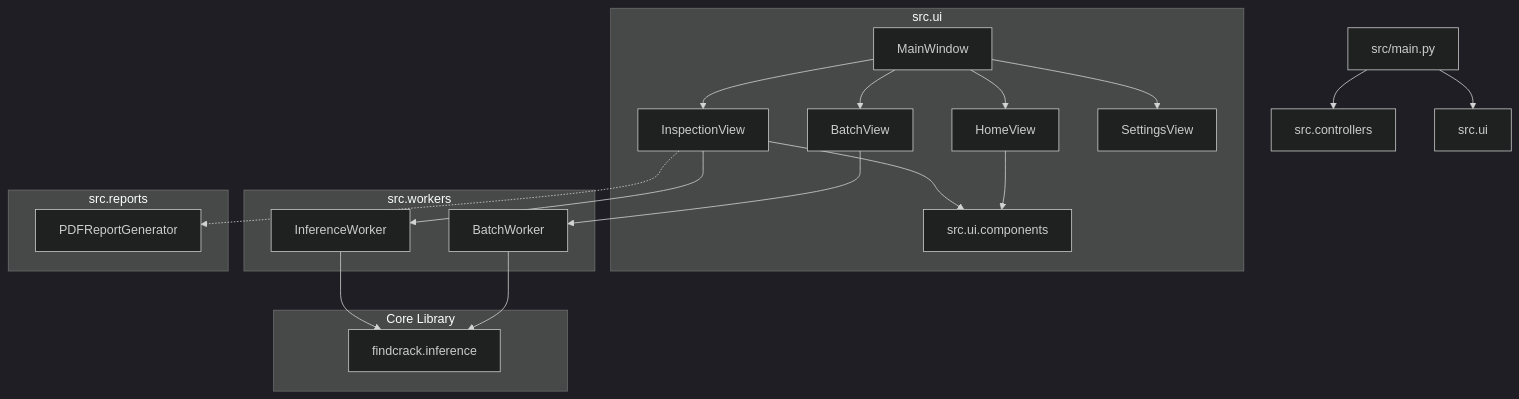
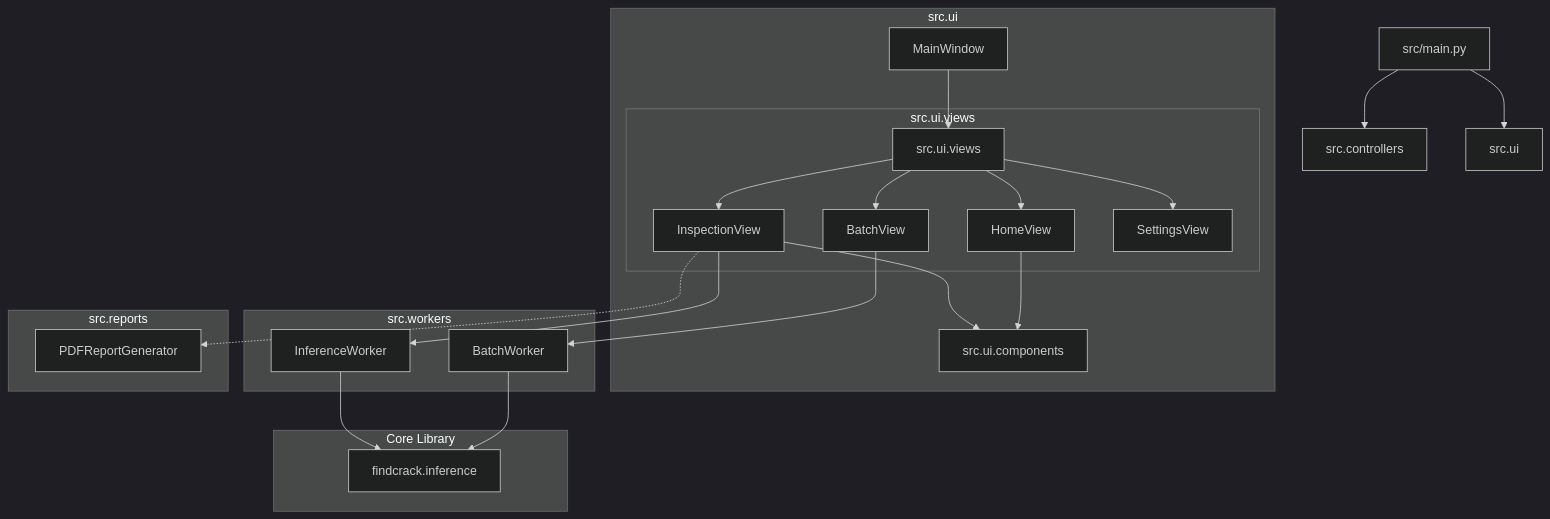
Before and after one commit to StrikerEurika/roof-crack-detection: the diagram in README.md, drawn with Mermaid (dark theme). The commit also changed other lines of this file and 12 other files, not shown here.

````diff
--- a/README.md
+++ b/README.md
@@ -11,29 +11,33 @@
 ```mermaid
 graph TD
     Entry[src/main.py] --> Controllers[src.controllers]
     Entry --> UI[src.ui]
     
     subgraph UI Package [src.ui]
-        MainWindow[MainWindow] --> Home[HomeView]
-        MainWindow --> Inspect[InspectionView]
-        MainWindow --> Batch[BatchView]
-        MainWindow --> Settings[SettingsView]
+        MainWindow[MainWindow] --> ViewsPackage[src.ui.views]
+        
+        subgraph Views Package [src.ui.views]
+            ViewsPackage --> Home[HomeView]
+            ViewsPackage --> Inspect[InspectionView]
+            ViewsPackage --> Batch[BatchView]
+            ViewsPackage --> Settings[SettingsView]
+        end
         
         Inspect --> Components[src.ui.components]
         Home --> Components
     end
     
     subgraph Workers Package [src.workers]
         Inspect --> SingleWorker[InferenceWorker]
         Batch --> FolderWorker[BatchWorker]
     end
     
     subgraph Reports Package [src.reports]
         Inspect -.-> PDFGen[PDFReportGenerator]
     end
     
     subgraph Core Library
         SingleWorker --> FindCrack[findcrack.inference]
         FolderWorker --> FindCrack
     end
 ```
````
